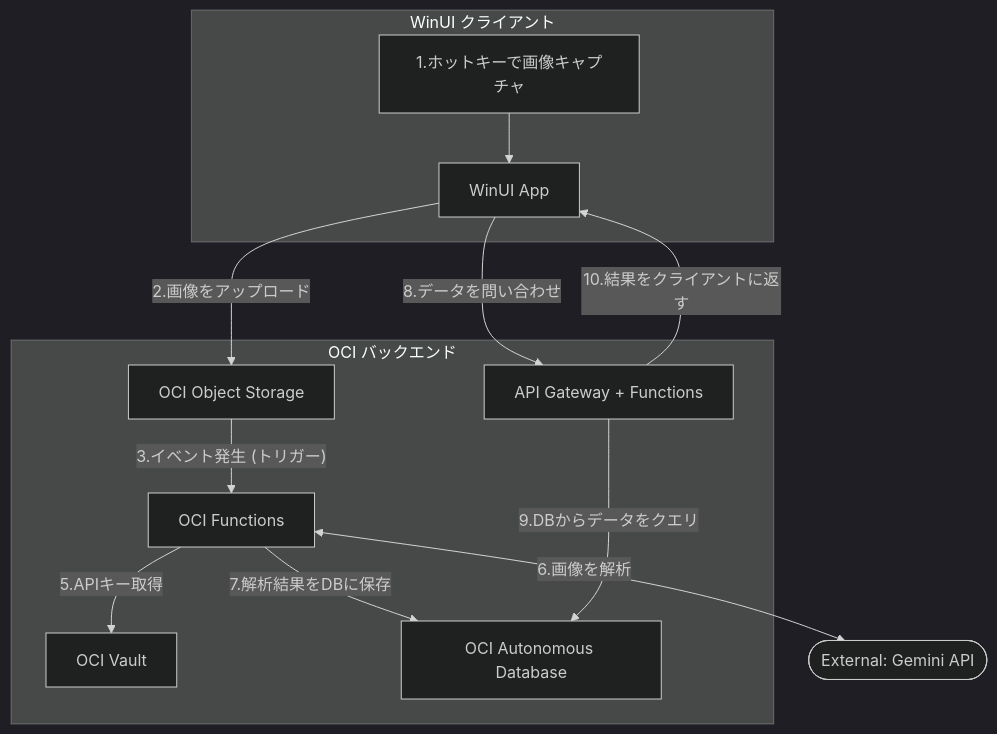
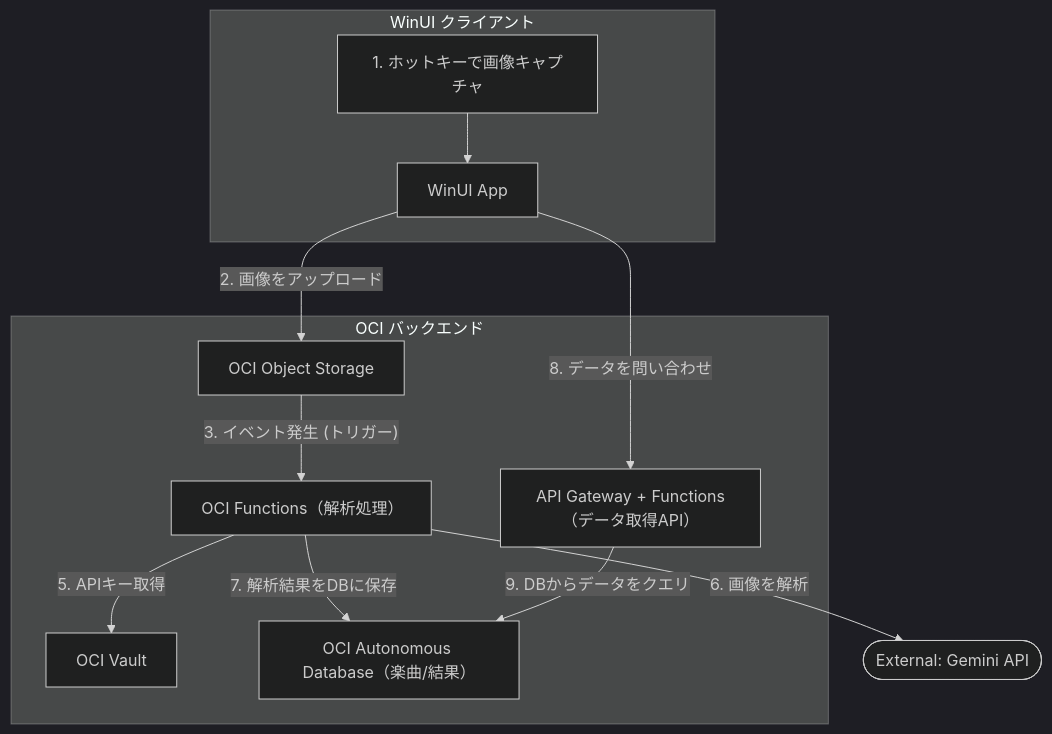
One commit to kkana6624/GPScoreTracker changed the first of 9 diagrams in ARCHITECTURE.md. Above: the diagram before and after it, drawn with Mermaid (dark theme). The commit also changed other lines of this file, not shown here.

First line of the commit message:
ARCHITECTURE.mdの更新とデータモデルの追加

````diff
--- a/ARCHITECTURE.md
+++ b/ARCHITECTURE.md
@@ -49,26 +52,25 @@
 ```mermaid
 graph TD
-    subgraph "WinUI クライアント"
-        A[1.ホットキーで画像キャプチャ] --> B[WinUI App]
+    subgraph WinUI クライアント
+        A[1. ホットキーで画像キャプチャ] --> B[WinUI App]
     end
 
     subgraph "OCI バックエンド"
         D[OCI Object Storage]
-        E[OCI Functions]
+        E[OCI Functions（解析処理）]
         F[OCI Vault]
-        G[OCI Autonomous Database]
-        H[API Gateway + Functions]
+        G[OCI Autonomous Database（楽曲/結果）]
+        H[API Gateway + Functions（データ取得API）]
     end
 
     I([External: Gemini API])
 
-    B -- "2.画像をアップロード" --> D
-    D -- "3.イベント発生 (トリガー)" --> E
-    E -- "5.APIキー取得" --> F
-    E <-- "6.画像を解析" --> I
-    E -- "7.解析結果をDBに保存" --> G
+    B -- "2. 画像をアップロード" --> D
+    D -- "3. イベント発生 (トリガー)" --> E
+    E -- "5. APIキー取得" --> F
+    E -- "6. 画像を解析" --> I
+    E -- "7. 解析結果をDBに保存" --> G
     
-    B -- "8.データを問い合わせ" --> H
-    H -- "9.DBからデータをクエリ" --> G
-    H -- "10.結果をクライアントに返す" --> B
- ```
+    B -- "8. データを問い合わせ" --> H
+    H -- "9. DBからデータをクエリ" --> G
+```
````
